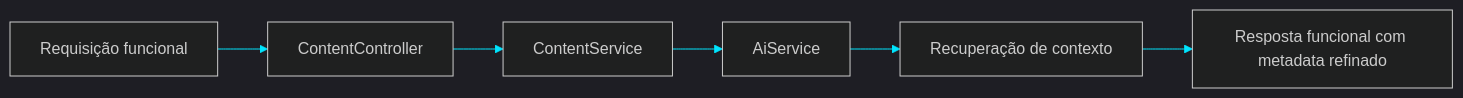
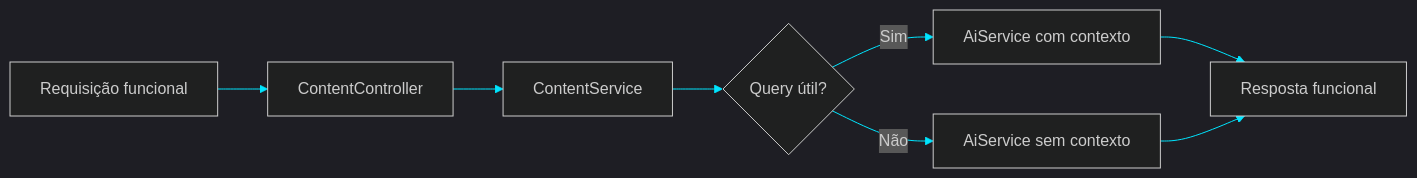
The diagram in PR 38 — Fase 2: Refinamento Mínimo do Metadata Funcional da Base Local em `content`.md (matheusdiamantino-betalent/questions-ai), drawn with Mermaid before and after one commit. The commit also changed other lines of this file, not shown here.

Commit message:
Update PR 38 — Fase 2: Refinamento Mínimo do Metadata Funcional da Base Local em `content`.md

````diff
--- a/PR 38 — Fase 2: Refinamento Mínimo do Metadata Funcional da Base Local em `content`.md
+++ b/PR 38 — Fase 2: Refinamento Mínimo do Metadata Funcional da Base Local em `content`.md
@@ -104,9 +103,11 @@
 ```mermaid
 %%{init: {'theme':'dark','themeVariables':{'primaryColor':'#0f172a','primaryTextColor':'#e5e7eb','primaryBorderColor':'#39ff14','lineColor':'#00e5ff','secondaryColor':'#111827','tertiaryColor':'#111827'}}}%%
 flowchart LR
     A[Requisição funcional] --> B[ContentController]
     B --> C[ContentService]
-    C --> D[AiService]
-    D --> E[Recuperação de contexto]
-    E --> F[Resposta funcional com metadata refinado]
+    C --> D{Query útil?}
+    D -- Sim --> E[AiService com contexto]
+    D -- Não --> F[AiService sem contexto]
+    E --> G[Resposta funcional]
+    F --> G
 ```
````
